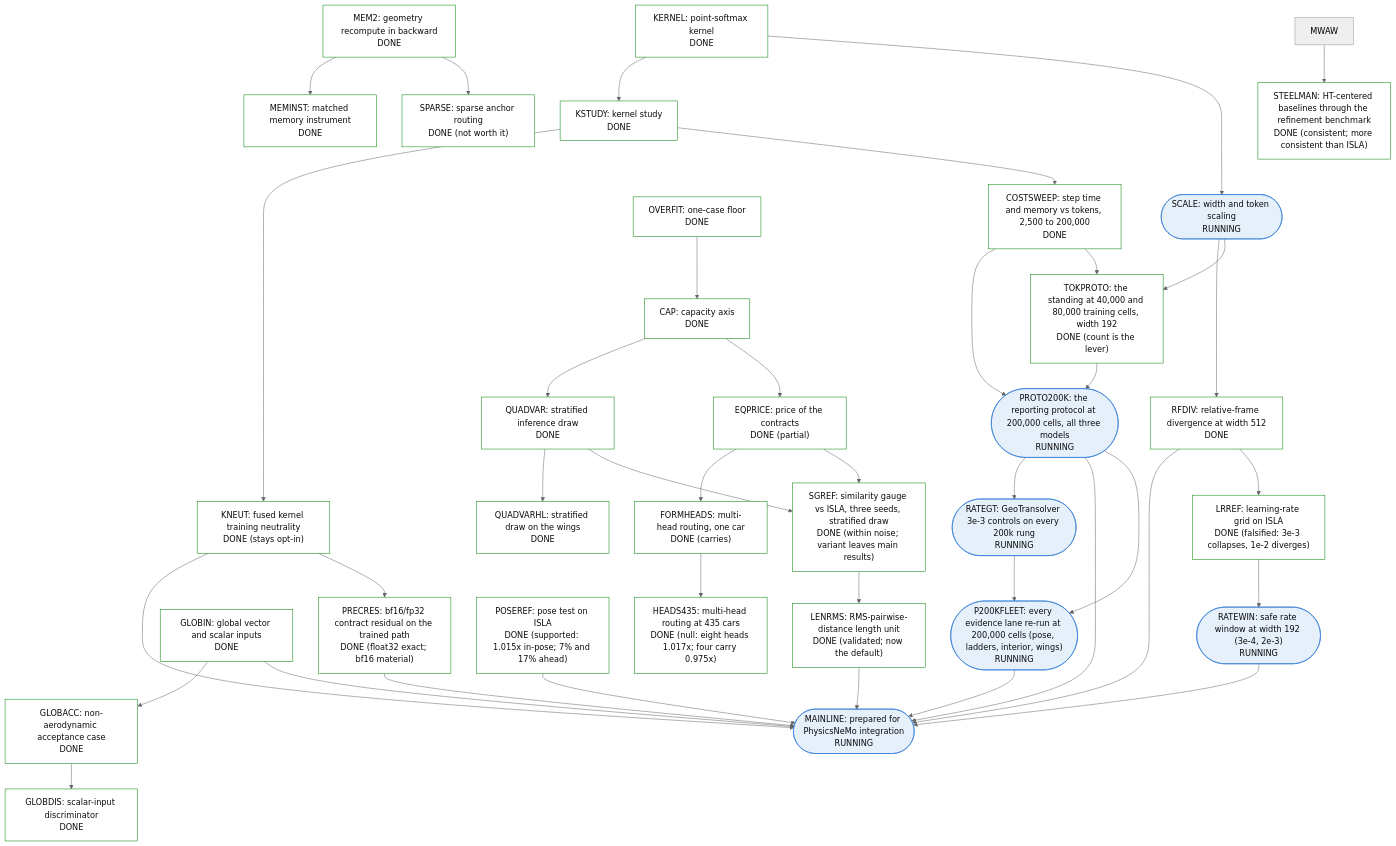
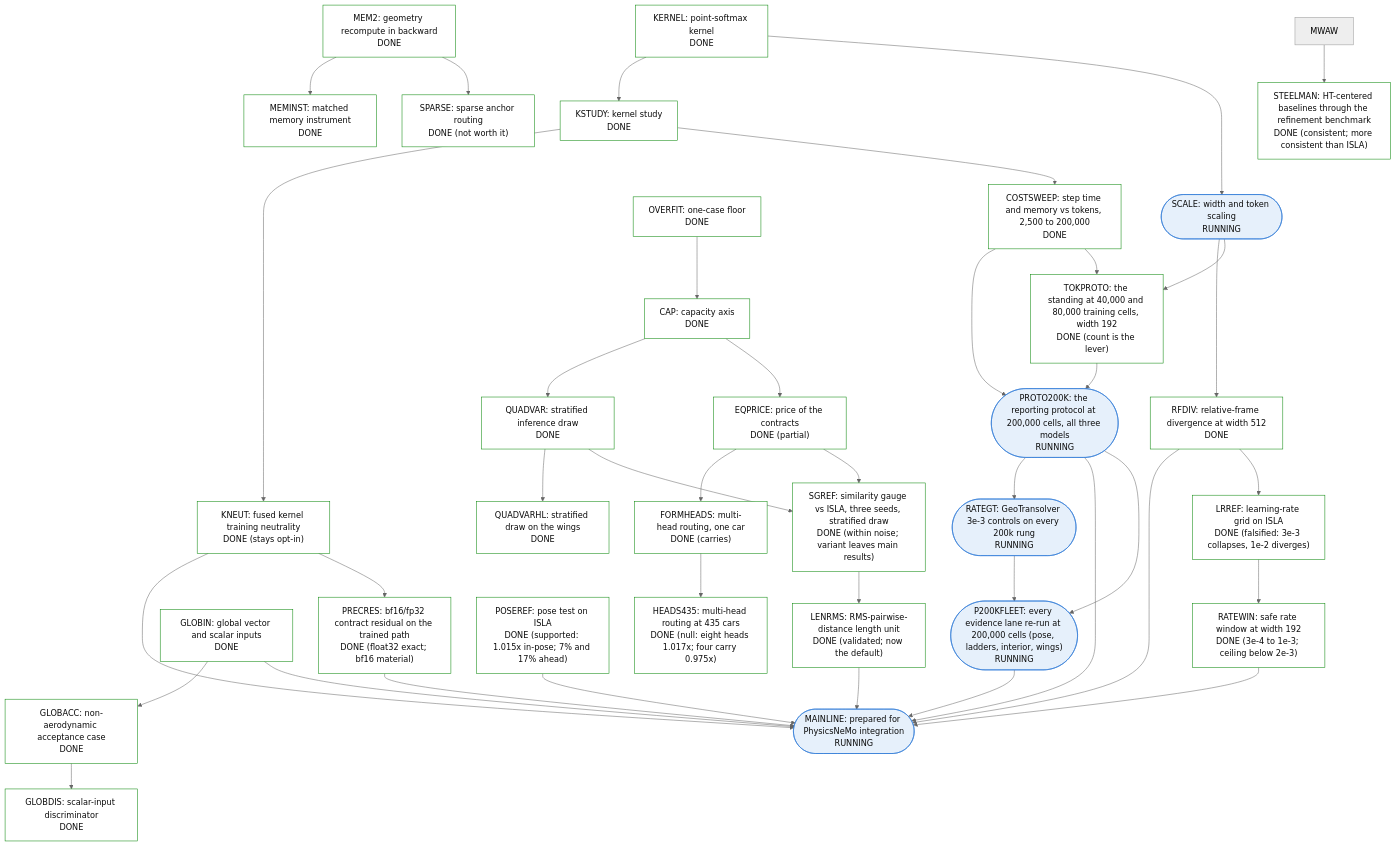
The fifth of 5 diagrams in examples/cfd/mesh_transformer/book/13-program-status.qmd (peterdsharpe/physicsnemo), drawn with Mermaid (neutral theme) before and after one commit. The commit also changed other lines of this file and 7 other files, not shown here.

````diff
--- a/examples/cfd/mesh_transformer/book/13-program-status.qmd
+++ b/examples/cfd/mesh_transformer/book/13-program-status.qmd
@@ -281,80 +281,80 @@
 ```{mermaid}
 %%| fig-cap: >
 %%|   Sub-tree 5: cost, scale, deficit anatomy and mainline. HEADS435 is the
 %%|   one node RUNNING with a bar that could change ISLA's
 %%|   configuration; MAINLINE is the productization node.
 flowchart TB
     classDef done fill:#ffffff,stroke:#008300,color:#0b0b0b
     classDef running fill:#e6f0fb,stroke:#2a78d6,color:#0b0b0b
     classDef planned fill:#ffffff,stroke:#898781,color:#0b0b0b,stroke-dasharray:4 3
     classDef stopped fill:#f4f3ee,stroke:#52514e,color:#0b0b0b
     MEM2["MEM2: geometry recompute in backward<br/>DONE"]:::done
     MEMINST["MEMINST: matched memory instrument<br/>DONE"]:::done
     SPARSE["SPARSE: sparse anchor routing<br/>DONE (not worth it)"]:::done
     KERNEL["KERNEL: point-softmax kernel<br/>DONE"]:::done
     KSTUDY["KSTUDY: kernel study<br/>DONE"]:::done
     KNEUT["KNEUT: fused kernel training neutrality<br/>DONE (stays opt-in)"]:::done
     SCALE(["SCALE: width and token scaling<br/>RUNNING"]):::running
     RFDIV["RFDIV: relative-frame divergence at width 512<br/>DONE"]:::done
     OVERFIT["OVERFIT: one-case floor<br/>DONE"]:::done
     CAP["CAP: capacity axis<br/>DONE"]:::done
     QUADVAR["QUADVAR: stratified inference draw<br/>DONE"]:::done
     QUADVARHL["QUADVARHL: stratified draw on the wings<br/>DONE"]:::done
     EQPRICE["EQPRICE: price of the contracts<br/>DONE (partial)"]:::done
     FORMHEADS["FORMHEADS: multi-head routing, one car<br/>DONE (carries)"]:::done
     HEADS435["HEADS435: multi-head routing at 435 cars<br/>DONE (null: eight heads 1.017x; four carry 0.975x)"]:::done
     GLOBIN["GLOBIN: global vector and scalar inputs<br/>DONE"]:::done
     GLOBACC["GLOBACC: non-aerodynamic acceptance case<br/>DONE"]:::done
     GLOBDIS["GLOBDIS: scalar-input discriminator<br/>DONE"]:::done
     MAINLINE(["MAINLINE: prepared for PhysicsNeMo integration<br/>RUNNING"]):::running
     PRECRES["PRECRES: bf16/fp32 contract residual on the trained path<br/>DONE (float32 exact; bf16 material)"]:::done
     SGREF["SGREF: similarity gauge vs ISLA, three seeds, stratified draw<br/>DONE (within noise; variant leaves main results)"]:::done
     POSEREF["POSEREF: pose test on ISLA<br/>DONE (supported: 1.015x in-pose; 7% and 17% ahead)"]:::done
     LRREF["LRREF: learning-rate grid on ISLA<br/>DONE (falsified: 3e-3 collapses, 1e-2 diverges)"]:::done
-    RATEWIN(["RATEWIN: safe rate window at width 192 (3e-4, 2e-3)<br/>RUNNING"]):::running
+    RATEWIN["RATEWIN: safe rate window at width 192<br/>DONE (3e-4 to 1e-3; ceiling below 2e-3)"]:::done
     RATEGT(["RATEGT: GeoTransolver 3e-3 controls on every 200k rung<br/>RUNNING"]):::running
     LENRMS["LENRMS: RMS-pairwise-distance length unit<br/>DONE (validated; now the default)"]:::done
     STEELMAN["STEELMAN: HT-centered baselines through the refinement benchmark<br/>DONE (consistent; more consistent than ISLA)"]:::done
     TOKPROTO["TOKPROTO: the standing at 40,000 and 80,000 training cells, width 192<br/>DONE (count is the lever)"]:::done
     PROTO200K(["PROTO200K: the reporting protocol at 200,000 cells, all three models<br/>RUNNING"]):::running
     P200KFLEET(["P200KFLEET: every evidence lane re-run at 200,000 cells (pose, ladders, interior, wings)<br/>RUNNING"]):::running
     COSTSWEEP["COSTSWEEP: step time and memory vs tokens, 2,500 to 200,000<br/>DONE"]:::done
     MEM2 --> MEMINST
     MEM2 --> SPARSE
     KERNEL --> KSTUDY
     KSTUDY --> KNEUT
     KERNEL --> SCALE
     SCALE --> RFDIV
     OVERFIT --> CAP
     CAP --> QUADVAR
     QUADVAR --> QUADVARHL
     CAP --> EQPRICE
     EQPRICE --> FORMHEADS
     FORMHEADS --> HEADS435
     GLOBIN --> GLOBACC
     GLOBACC --> GLOBDIS
     GLOBIN --> MAINLINE
     RFDIV --> MAINLINE
     KNEUT --> MAINLINE
     KNEUT --> PRECRES
     PRECRES --> MAINLINE
     QUADVAR --> SGREF
     EQPRICE --> SGREF
     RFDIV --> LRREF
     POSEREF --> MAINLINE
     LRREF --> RATEWIN
     PROTO200K --> RATEGT
     RATEGT --> P200KFLEET
     RATEWIN --> MAINLINE
     SGREF --> LENRMS
     LENRMS --> MAINLINE
     MWAW --> STEELMAN
     SCALE --> TOKPROTO
     TOKPROTO --> PROTO200K
     COSTSWEEP --> PROTO200K
     PROTO200K --> MAINLINE
     PROTO200K --> P200KFLEET
     P200KFLEET --> MAINLINE
     KSTUDY --> COSTSWEEP
     COSTSWEEP --> TOKPROTO
 ```
````
